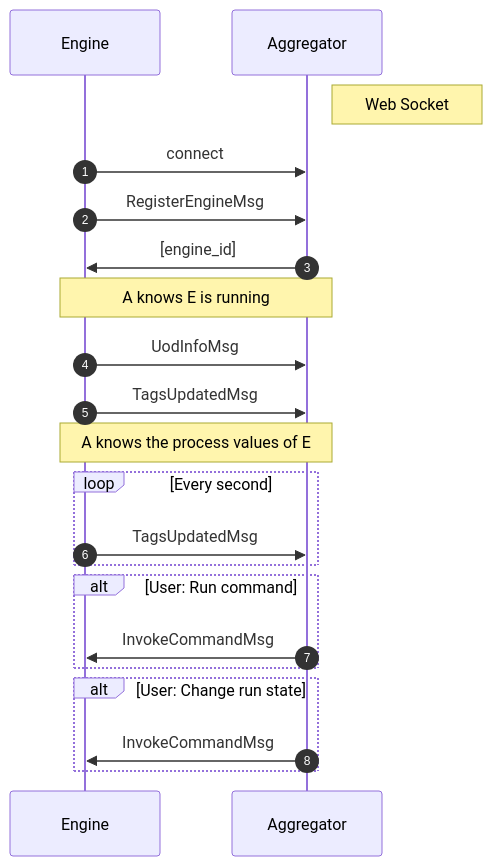
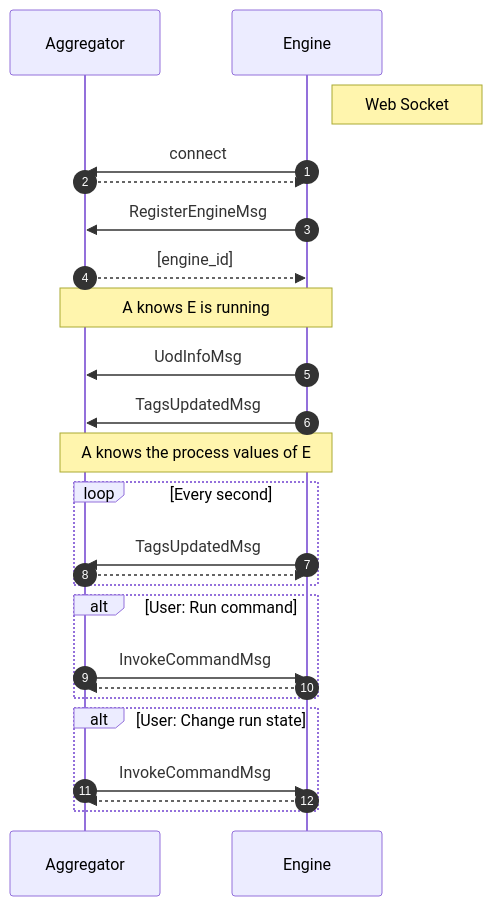
Before and after one commit to Open-Pectus/Open-Pectus: the second of 2 diagrams in DEVELOPMENT.md, drawn with Mermaid. The commit also changed other lines of this file, not shown here.

Commit message:
Add Frontend-Aggregator diagram

````diff
--- a/DEVELOPMENT.md
+++ b/DEVELOPMENT.md
@@ -283,31 +336,35 @@
 ```mermaid
 sequenceDiagram
 autonumber
+    participant A as Aggregator
     participant E as Engine
-    participant A as Aggregator
 %%note left of E: Registration
-    Note right of A: Web Socket
-    E ->> A: connect    
+    Note right of E: Web Socket
+    E ->> A: connect
+    A -->> E: 
     E ->> A: RegisterEngineMsg
-    A ->> E: [engine_id]
+    A -->> E: [engine_id]
     Note over A,E: A knows E is running
     E ->> A: UodInfoMsg
     E ->> A: TagsUpdatedMsg
     Note over A,E: A knows the process values of E
 
 
 %%note left of E: Engine running
     
     loop Every second
     E ->> A: TagsUpdatedMsg
+    A -->> E: 
     end
 
     alt User: Run command
     A ->> E: InvokeCommandMsg
+    E -->> A: 
     end
 
     alt User: Change run state
     A ->> E: InvokeCommandMsg
+    E -->> A: 
     end
 
 ```
````
